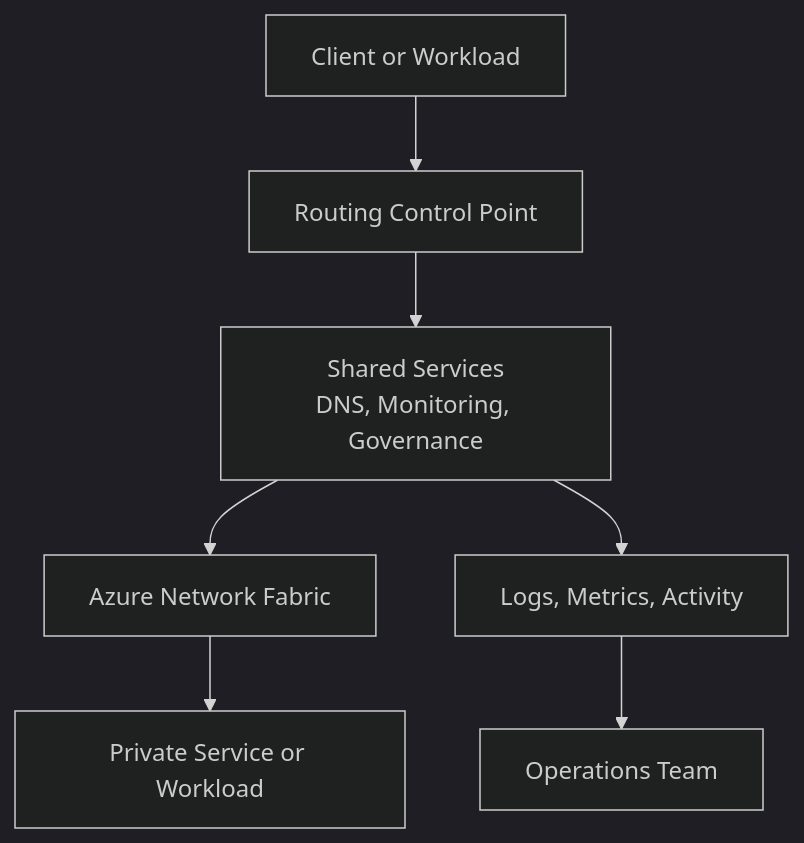
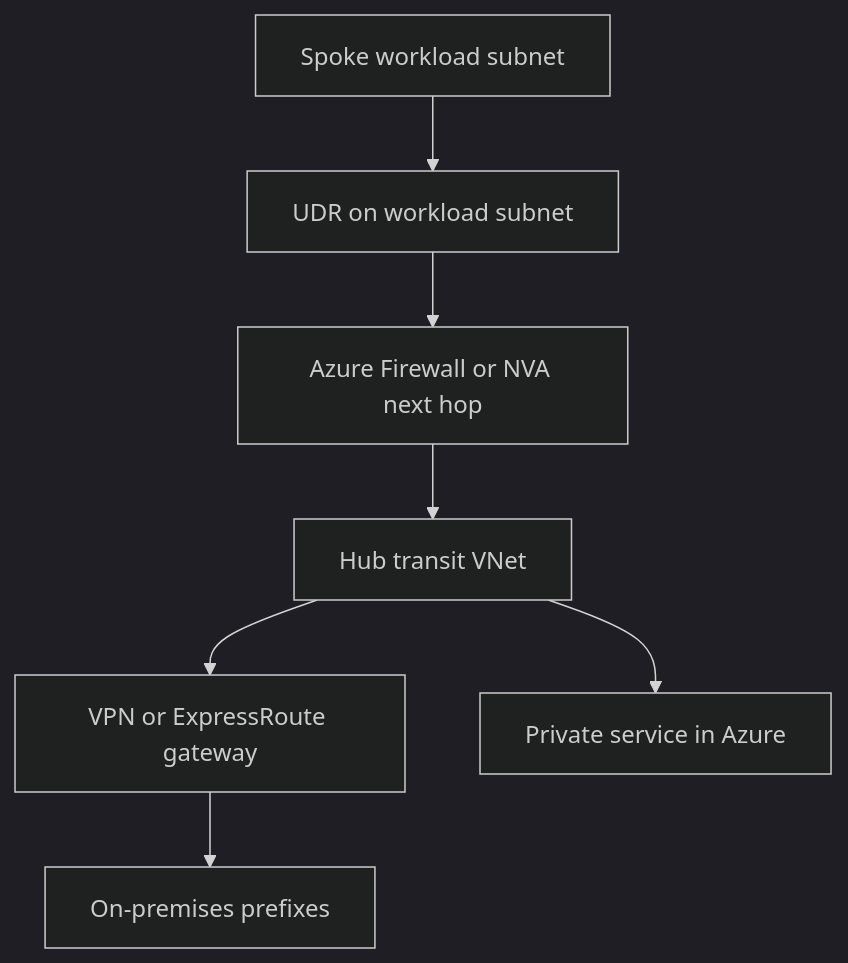
The diagram in docs/best-practices/routing-best-practices.md (yeongseon/azure-networking-practical-guide), drawn with Mermaid (dark theme) before and after one commit. The commit also changed other lines of this file and 11 other files, not shown here.

````diff
--- a/docs/best-practices/routing-best-practices.md
+++ b/docs/best-practices/routing-best-practices.md
@@ -38,10 +34,9 @@
 ```mermaid
 flowchart TD
-                Source[Client or Workload] --> Control[Routing Control Point]
-                Control --> Shared[Shared Services
-DNS, Monitoring, Governance]
-                Shared --> Azure[Azure Network Fabric]
-                Azure --> Target[Private Service or Workload]
-                Shared --> Logs[Logs, Metrics, Activity]
-                Logs --> Ops[Operations Team]
+    Workload[Spoke workload subnet] --> UDR[UDR on workload subnet]
+    UDR --> Firewall[Azure Firewall or NVA next hop]
+    Firewall --> Hub[Hub transit VNet]
+    Hub --> Gateway[VPN or ExpressRoute gateway]
+    Hub --> PrivateService[Private service in Azure]
+    Gateway --> OnPrem[On-premises prefixes]
 ```
````
